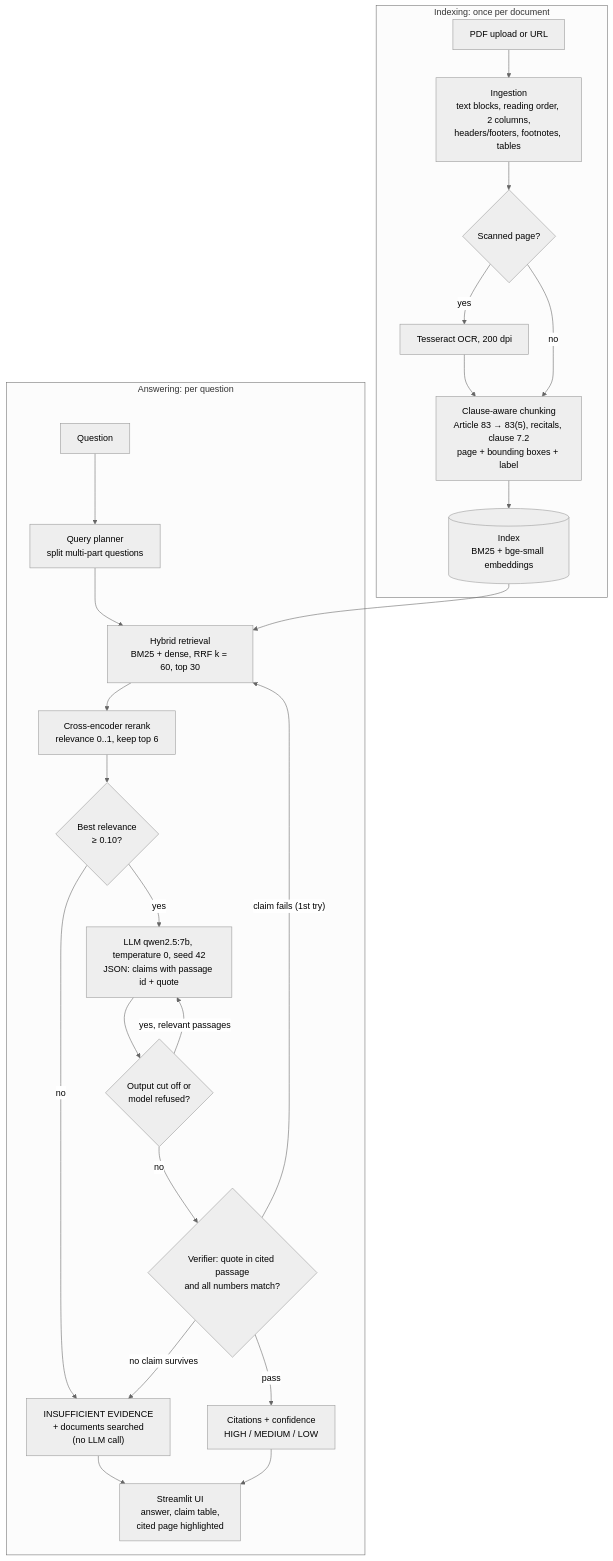
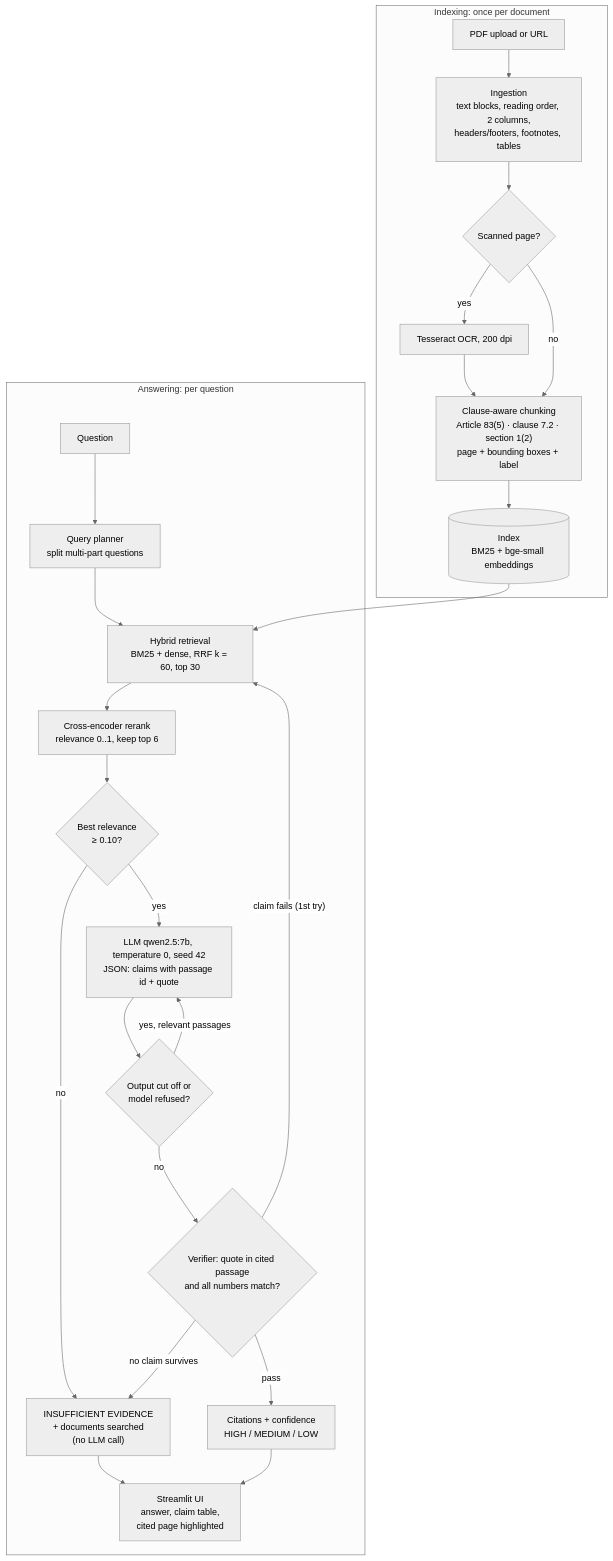
The diagram in README.md (1768SAIKUMAR/lexisync), drawn with Mermaid (neutral theme) before and after one commit. The commit also changed other lines of this file, not shown here.

````diff
--- a/README.md
+++ b/README.md
@@ -32,28 +80,28 @@
 ```mermaid
 flowchart TD
     subgraph INDEX["Indexing: once per document"]
         A["PDF upload or URL"] --> B["Ingestion<br/>text blocks, reading order, 2 columns,<br/>headers/footers, footnotes, tables"]
         B --> S{"Scanned page?"}
         S -- yes --> O["Tesseract OCR, 200 dpi"] --> C
-        S -- no --> C["Clause-aware chunking<br/>Article 83 &rarr; 83(5), recitals, clause 7.2<br/>page + bounding boxes + label"]
+        S -- no --> C["Clause-aware chunking<br/>Article 83(5) · clause 7.2 · section 1(2)<br/>page + bounding boxes + label"]
         C --> X[("Index<br/>BM25 + bge-small embeddings")]
     end
 
     subgraph ANSWER["Answering: per question"]
         Q["Question"] --> P["Query planner<br/>split multi-part questions"]
         P --> R["Hybrid retrieval<br/>BM25 + dense, RRF k = 60, top 30"]
         X --> R
         R --> K["Cross-encoder rerank<br/>relevance 0..1, keep top 6"]
         K --> G{"Best relevance<br/>&ge; 0.10?"}
         G -- no --> AB["INSUFFICIENT EVIDENCE<br/>+ documents searched<br/>(no LLM call)"]
         G -- yes --> L["LLM qwen2.5:7b, temperature 0, seed 42<br/>JSON: claims with passage id + quote"]
         L --> T{"Output cut off or<br/>model refused?"}
         T -- "yes, relevant passages" --> L
         T -- no --> V{"Verifier: quote in cited passage<br/>and all numbers match?"}
         V -- "claim fails (1st try)" --> R
         V -- "no claim survives" --> AB
         V -- pass --> CI["Citations + confidence<br/>HIGH / MEDIUM / LOW"]
         CI --> UI["Streamlit UI<br/>answer, claim table,<br/>cited page highlighted"]
         AB --> UI
     end
 ```
````
